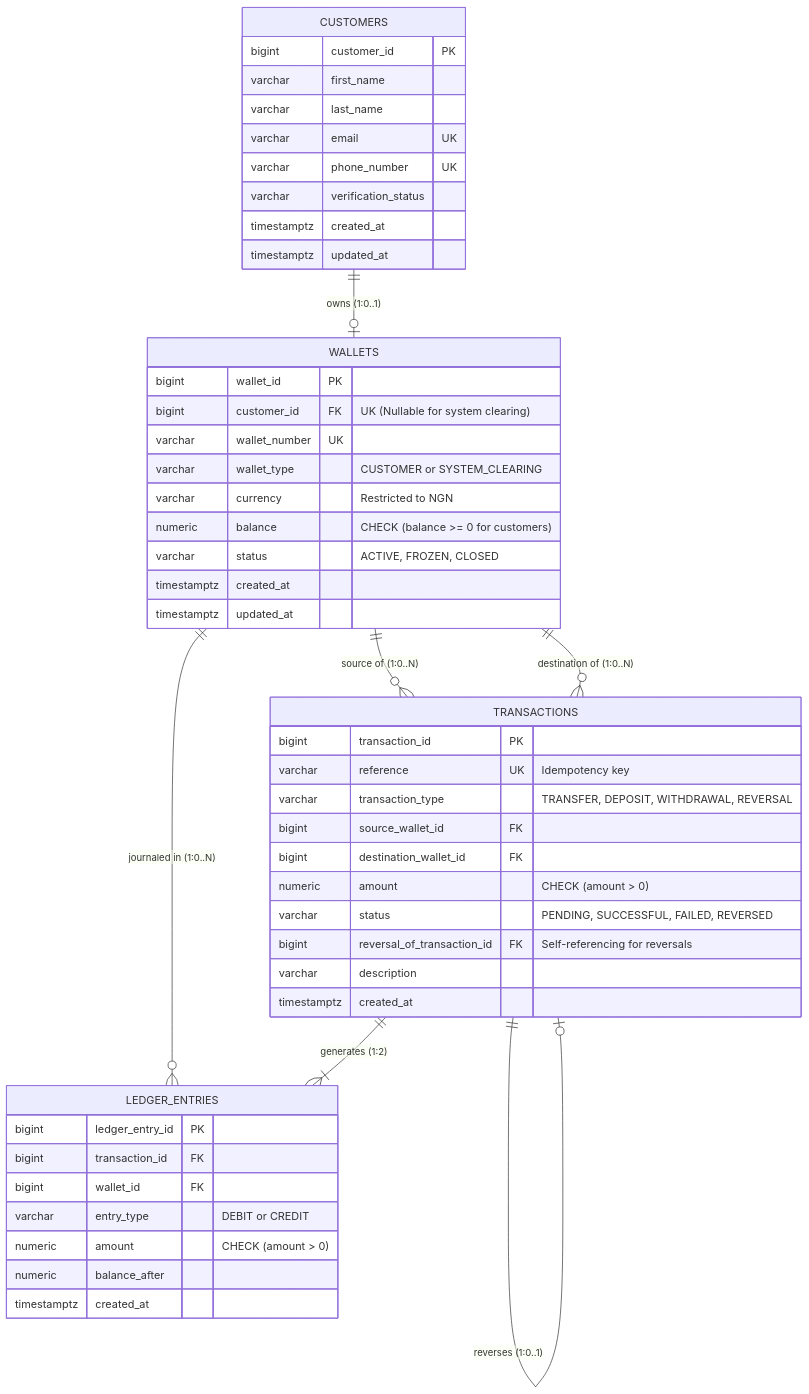
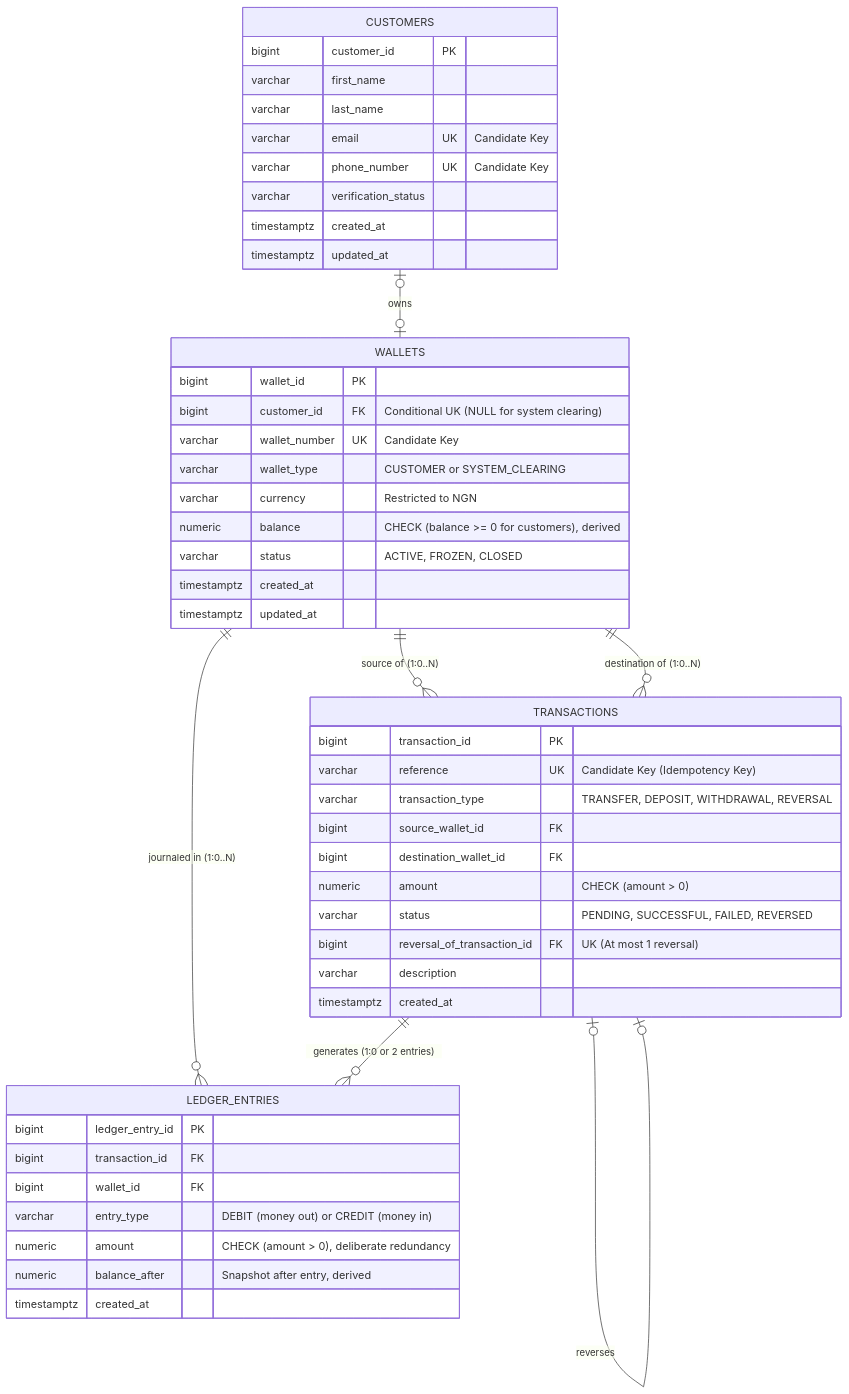
The diagram in portfolio-1-database-design/database-design.md (SandraAibangbee1/mit-8103-database-portfolio), drawn with Mermaid before and after one commit. The commit also changed other lines of this file and 1 other file, not shown here.

Commit message:
Review wallet database design and add design evidence

````diff
--- a/portfolio-1-database-design/database-design.md
+++ b/portfolio-1-database-design/database-design.md
@@ -112,55 +158,55 @@
 ```mermaid
 erDiagram
-    CUSTOMERS ||--o| WALLETS : "owns (1:0..1)"
+    CUSTOMERS o|--o| WALLETS : "owns"
     WALLETS ||--o{ TRANSACTIONS : "source of (1:0..N)"
     WALLETS ||--o{ TRANSACTIONS : "destination of (1:0..N)"
     WALLETS ||--o{ LEDGER_ENTRIES : "journaled in (1:0..N)"
-    TRANSACTIONS ||--|{ LEDGER_ENTRIES : "generates (1:2)"
-    TRANSACTIONS ||--o| TRANSACTIONS : "reverses (1:0..1)"
+    TRANSACTIONS ||--o{ LEDGER_ENTRIES : "generates (1:0 or 2 entries)"
+    TRANSACTIONS o|--o| TRANSACTIONS : "reverses"
 
     CUSTOMERS {
         bigint customer_id PK
         varchar first_name
         varchar last_name
-        varchar email UK
-        varchar phone_number UK
+        varchar email UK "Candidate Key"
+        varchar phone_number UK "Candidate Key"
         varchar verification_status
         timestamptz created_at
         timestamptz updated_at
     }
 
     WALLETS {
         bigint wallet_id PK
-        bigint customer_id FK "UK (Nullable for system clearing)"
-        varchar wallet_number UK
+        bigint customer_id FK "Conditional UK (NULL for system clearing)"
+        varchar wallet_number UK "Candidate Key"
         varchar wallet_type "CUSTOMER or SYSTEM_CLEARING"
         varchar currency "Restricted to NGN"
-        numeric balance "CHECK (balance >= 0 for customers)"
+        numeric balance "CHECK (balance >= 0 for customers), derived"
         varchar status "ACTIVE, FROZEN, CLOSED"
         timestamptz created_at
         timestamptz updated_at
     }
 
     TRANSACTIONS {
         bigint transaction_id PK
-        varchar reference UK "Idempotency key"
+        varchar reference UK "Candidate Key (Idempotency Key)"
         varchar transaction_type "TRANSFER, DEPOSIT, WITHDRAWAL, REVERSAL"
         bigint source_wallet_id FK
         bigint destination_wallet_id FK
         numeric amount "CHECK (amount > 0)"
         varchar status "PENDING, SUCCESSFUL, FAILED, REVERSED"
-        bigint reversal_of_transaction_id FK "Self-referencing for reversals"
+        bigint reversal_of_transaction_id FK "UK (At most 1 reversal)"
         varchar description
         timestamptz created_at
     }
 
     LEDGER_ENTRIES {
         bigint ledger_entry_id PK
         bigint transaction_id FK
         bigint wallet_id FK
-        varchar entry_type "DEBIT or CREDIT"
-        numeric amount "CHECK (amount > 0)"
-        numeric balance_after
+        varchar entry_type "DEBIT (money out) or CREDIT (money in)"
+        numeric amount "CHECK (amount > 0), deliberate redundancy"
+        numeric balance_after "Snapshot after entry, derived"
         timestamptz created_at
     }
 ```
````
